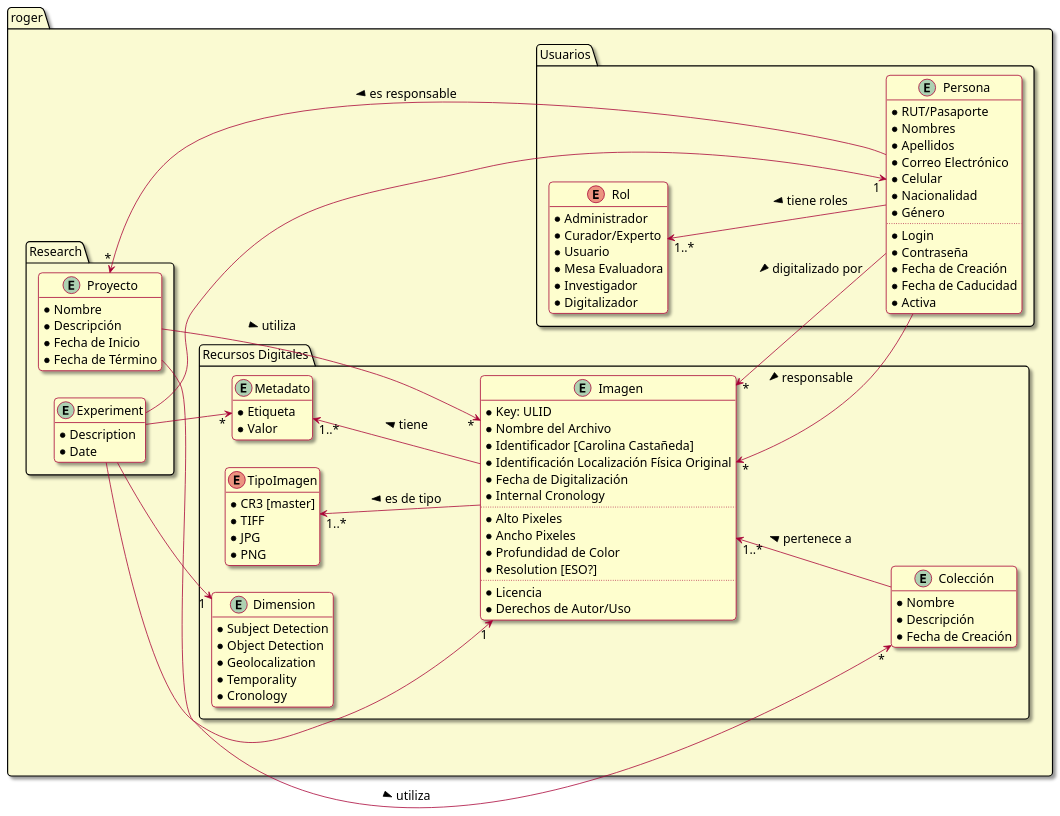
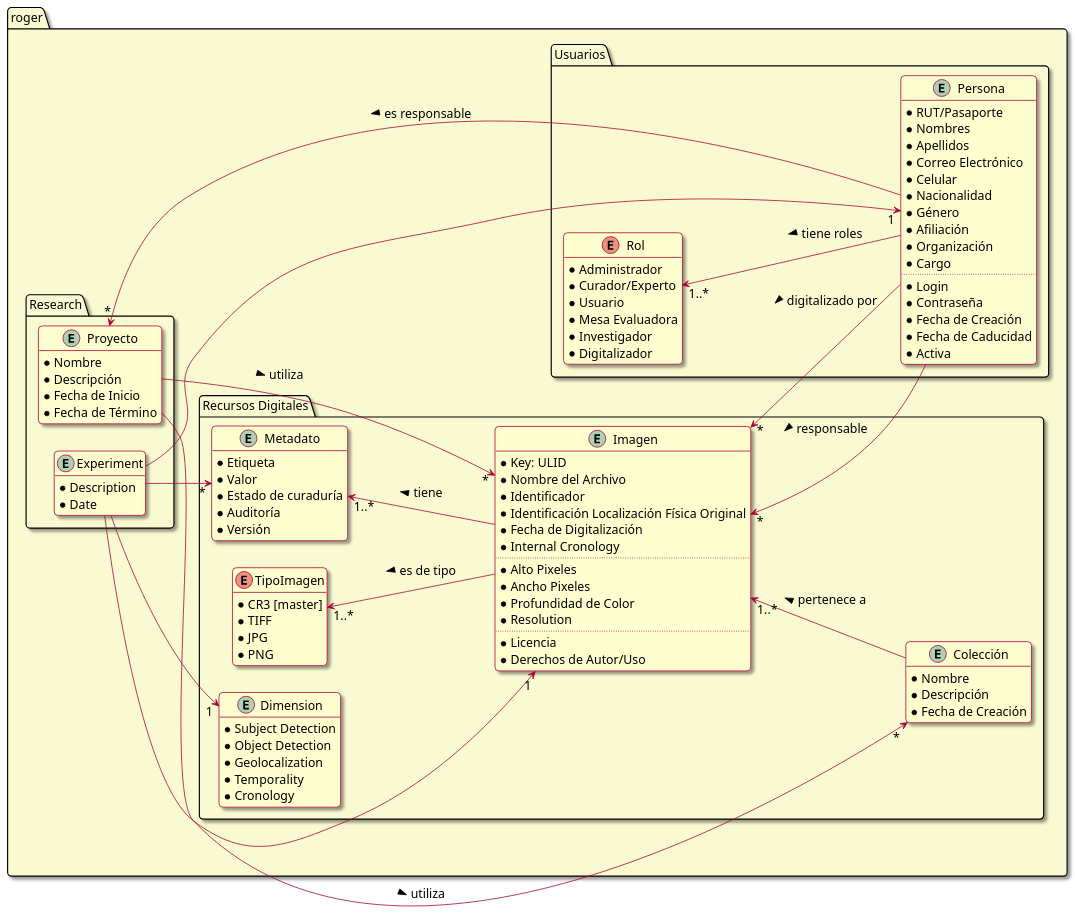
Before and after one commit to godiecl/roger: the diagram in docs/domain.puml, drawn with PlantUML.

Commit message:
Actualiza diagrama de dominio

```diff
--- a/docs/domain.puml
+++ b/docs/domain.puml
@@ -1,149 +1,155 @@
 @startuml
 
 skin rose
 hide empty members
 left to right direction
 
 skinparam  {
     defaultFontSize             16
     shadowing                   true
     RoundCorner                 10
     packageBackgroundColor      LightGoldenRodYellow
     'backgroundColor             transparent
     'handwritten                 true
     'change to 150 to increase the quality of the image
     ' dpi                         120
 }
 
 ' TODO: (durrutia) rename all to english
 
 package roger {
 
     package "Usuarios" {
 
         entity Persona {
             * RUT/Pasaporte
             * Nombres
             * Apellidos
             * Correo Electrónico
             * Celular
             * Nacionalidad
             * Género
+            * Afiliación
+            * Organización
+            * Cargo
             ..
             * Login
             * Contraseña
             * Fecha de Creación
             * Fecha de Caducidad
             * Activa
         }
 
         ' Etiqueta: lugar, valor: Santiago
         ' Etiqueta: color, valor: RBG
         ' Etiqueta: estado, valor: algo
         ' Etiqueta: observacion, valor: ...
         ' Etiqueta: numero_autor, valor:
         ' Etiqueta: tituto_autor, valor: santiago
 
 
 
         enum Rol {
             * Administrador
             * Curador/Experto
             * Usuario
             * Mesa Evaluadora
             * Investigador
             * Digitalizador
         }
         Rol "1..*" <-- Persona : < tiene roles
 
     }
 
     package "Recursos Digitales" {
 
         entity "Colección" as Coleccion {
             * Nombre
             * Descripción
             * Fecha de Creación
         }
 
         ' @see https://schema.org/ImageObject
         entity Imagen {
             * Key: ULID
             * Nombre del Archivo
-            * Identificador [Carolina Castañeda]
+            * Identificador  /' [Carolina Castañeda] '/
             * Identificación Localización Física Original
             * Fecha de Digitalización
             * Internal Cronology
             ..
             * Alto Pixeles
             * Ancho Pixeles
             * Profundidad de Color
-            * Resolution [ESO?]
+            * Resolution /'[ESO?] '/
             ..
             * Licencia
             * Derechos de Autor/Uso
         }
         Imagen "*" <-- Persona : < responsable
         Imagen "*" <-- Persona : < digitalizado por
         Imagen "1..*" <-- "Coleccion": < pertenece a
 
         enum TipoImagen {
             * CR3 [master]
             * TIFF
             * JPG
             * PNG
         }
         TipoImagen "1..*" <-- Imagen : < es de tipo
 
         entity Metadato {
             * Etiqueta
             * Valor
+            * Estado de curaduría
+            * Auditoría
+            * Versión
         }
         Metadato "1..*" <-- Imagen : < tiene
 
         entity Dimension {
             * Subject Detection
             * Object Detection
             * Geolocalization
             * Temporality
             * Cronology
         }
         ' Dimension "0..*" <-- Imagen : < had
         ' TODO: add date, model, person, etc.
 
         ' https://iiif.io/
 
         ' Dimensions:
         ' 1. Subject detection.
         ' 2. Object detection.
         ' 3. Geolocalization: Berlin.
         ' 4. Temporality: August 13th 1962 14:15 hrs.
         ' 5. Internal cronology: Where is located the image in a serie?
     }
 
     package "Research" {
 
         entity Proyecto {
             * Nombre
             * Descripción
             * Fecha de Inicio
             * Fecha de Término
         }
         Proyecto "*" <-- Persona : < es responsable
         Proyecto --> "*" Coleccion: > utiliza
         Proyecto --> "*" Imagen: > utiliza
 
         entity Experiment {
             * Description
             * Date
         }
         Experiment --> "1" Imagen
         Experiment --> "1" Dimension
         Experiment --> "1" Persona
         Experiment --> "*" Metadato
 
     }
 
 }
 
 @enduml
```
